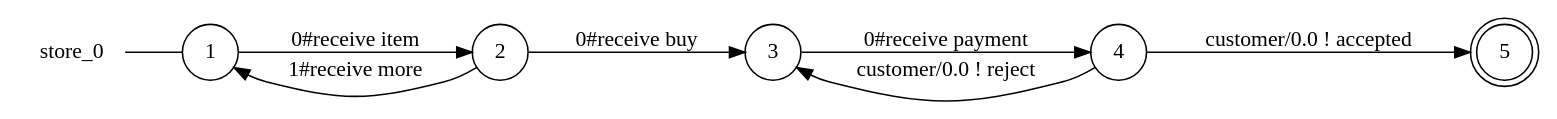
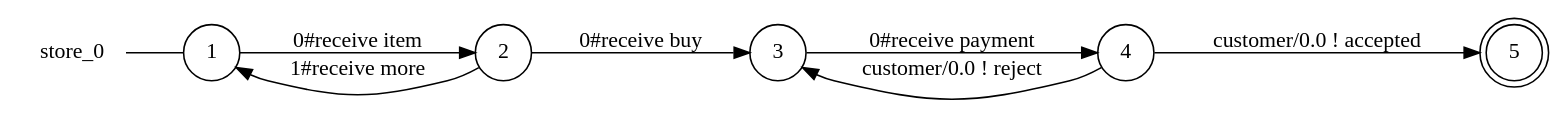
Before and after one commit to gabrielegenovese/chorer: the diagram in examples/customer/store_0_local_view.dot, drawn with Graphviz. The commit also changed other lines of this file and 7 other files, not shown here.

```diff
--- a/examples/customer/store_0_local_view.dot
+++ b/examples/customer/store_0_local_view.dot
@@ -1,17 +1,17 @@
 digraph store_0 {
 	rankdir="LR";
 	n_0 [label="store_0", shape="plaintext"];
 	n_1 [id="1", shape=circle, label="1"];
 	n_0 -> n_1 [arrowhead=none];
 	n_2 [id="4", shape=circle, label="2"];
 	n_3 [id="6", shape=circle, label="4"];
 	n_4 [id="3", shape=circle, label="3"];
 	n_5 [id="2", shape=doublecircle, label="5"];
 
+	n_3 -> n_4 [id="[$e|9]", label="customer/0.0 ! reject"];
+	n_3 -> n_5 [id="[$e|6]", label="customer/0.0 ! accepted"];
+	n_2 -> n_4 [id="[$e|0]", label="0#receive buy"];
 	n_4 -> n_3 [id="[$e|3]", label="0#receive payment"];
+	n_2 -> n_1 [id="[$e|8]", label="1#receive more"];
 	n_1 -> n_2 [id="[$e|1]", label="0#receive item"];
-	n_3 -> n_4 [id="[$e|9]", label="customer/0.0 ! reject"];
-	n_2 -> n_4 [id="[$e|0]", label="0#receive buy"];
-	n_3 -> n_5 [id="[$e|6]", label="customer/0.0 ! accepted"];
-	n_2 -> n_1 [id="[$e|8]", label="1#receive more"];
 }
```
